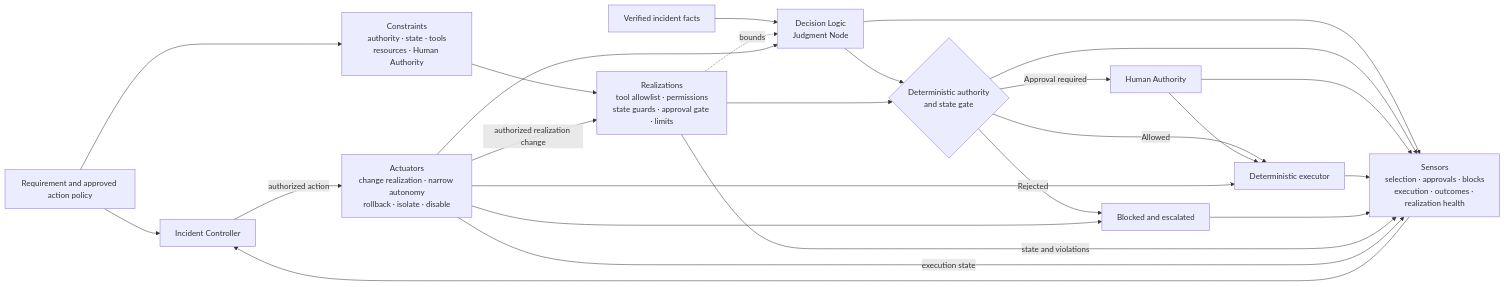
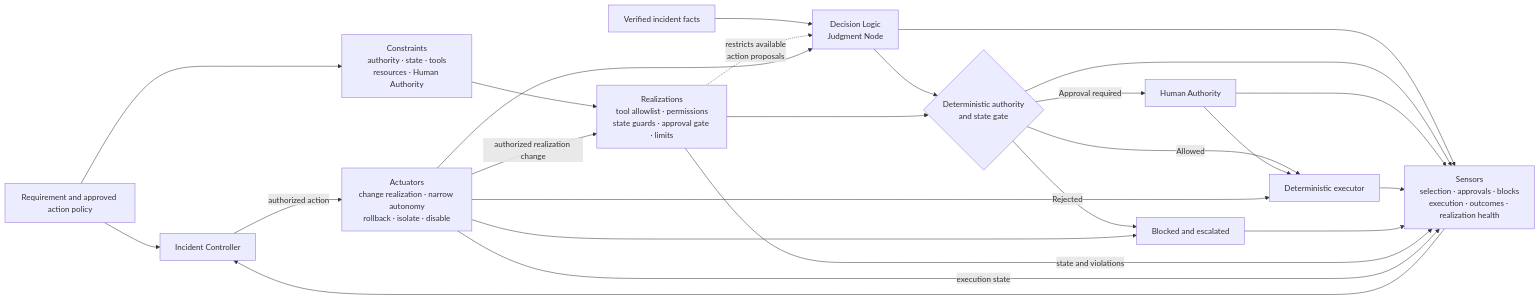
Before and after one commit to UncertaintyArchitectureGroup/uncertainty-architecture: the second of 4 diagrams in 03-reference-architectures/judgment-placement-examples.md, drawn with Mermaid. The commit also changed other lines of this file, not shown here.

Commit message:
Correct realization and actuator edges in reference diagrams

````diff
--- a/03-reference-architectures/judgment-placement-examples.md
+++ b/03-reference-architectures/judgment-placement-examples.md
@@ -132,37 +131,37 @@
 ```mermaid
 flowchart LR
     R[Requirement and approved action policy]
     K[Constraints<br/>authority · state · tools<br/>resources · Human Authority]
     KR[Realizations<br/>tool allowlist · permissions<br/>state guards · approval gate · limits]
     I[Verified incident facts]
     J[Decision Logic<br/>Judgment Node]
     G{Deterministic authority<br/>and state gate}
     H[Human Authority]
     X[Deterministic executor]
     B[Blocked and escalated]
     S[Sensors<br/>selection · approvals · blocks<br/>execution · outcomes · realization health]
     C[Incident Controller]
     A[Actuators<br/>change realization · narrow autonomy<br/>rollback · isolate · disable]
 
     R --> C
     R --> K --> KR
     I --> J --> G
-    KR -. bounds .-> J
+    KR -. restricts available<br/>action proposals .-> J
     KR --> G
     G -->|Allowed| X
     G -->|Approval required| H --> X
     G -->|Rejected| B
     J --> S
     G --> S
     H --> S
     X --> S
     B --> S
     KR -->|state and violations| S
     A -->|execution state| S
     S --> C
     C -->|authorized action| A
     A --> J
     A --> X
     A --> B
     A -->|authorized realization change| KR
 ```
````
